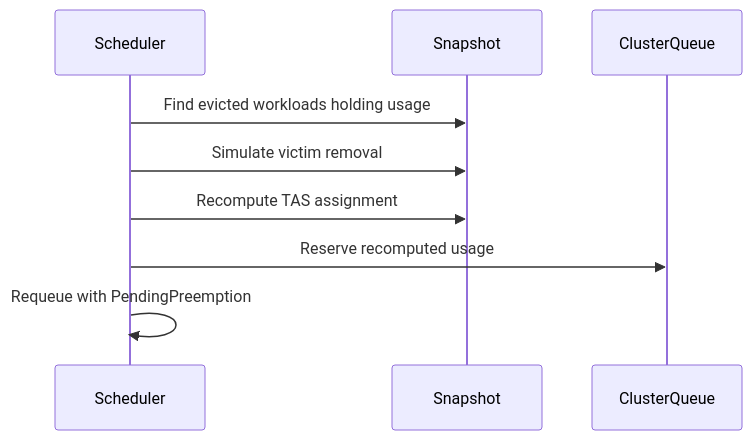
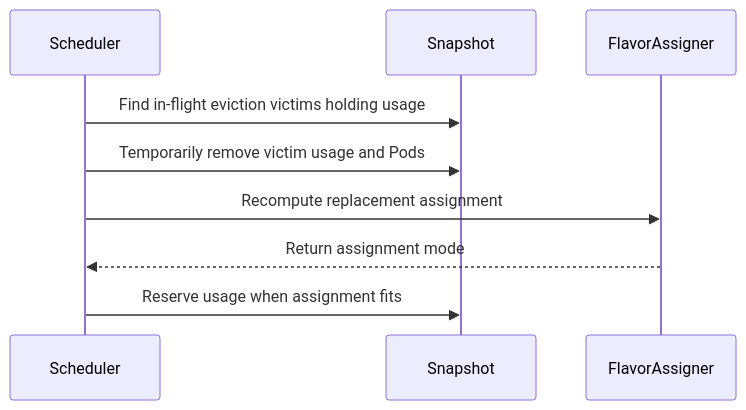
One commit to reruno/kueue-llm-wiki changed the diagram in raw/github/kubernetes-sigs__kueue/pr-15263.md. Above: the diagram before and after it, drawn with Mermaid. The commit also changed other lines of this file and 1468 other files, not shown here.

````diff
--- a/raw/github/kubernetes-sigs__kueue/pr-15263.md
+++ b/raw/github/kubernetes-sigs__kueue/pr-15263.md
@@ -225,11 +193,11 @@
 ```mermaid
 sequenceDiagram
   participant Scheduler
   participant Snapshot
-  participant ClusterQueue
-  Scheduler->>Snapshot: Find evicted workloads holding usage
-  Scheduler->>Snapshot: Simulate victim removal
-  Scheduler->>Snapshot: Recompute TAS assignment
-  Scheduler->>ClusterQueue: Reserve recomputed usage
-  Scheduler->>Scheduler: Requeue with PendingPreemption
+  participant FlavorAssigner
+  Scheduler->>Snapshot: Find in-flight eviction victims holding usage
+  Scheduler->>Snapshot: Temporarily remove victim usage and Pods
+  Scheduler->>FlavorAssigner: Recompute replacement assignment
+  FlavorAssigner-->>Scheduler: Return assignment mode
+  Scheduler->>Snapshot: Reserve usage when assignment fits
 ```
````
